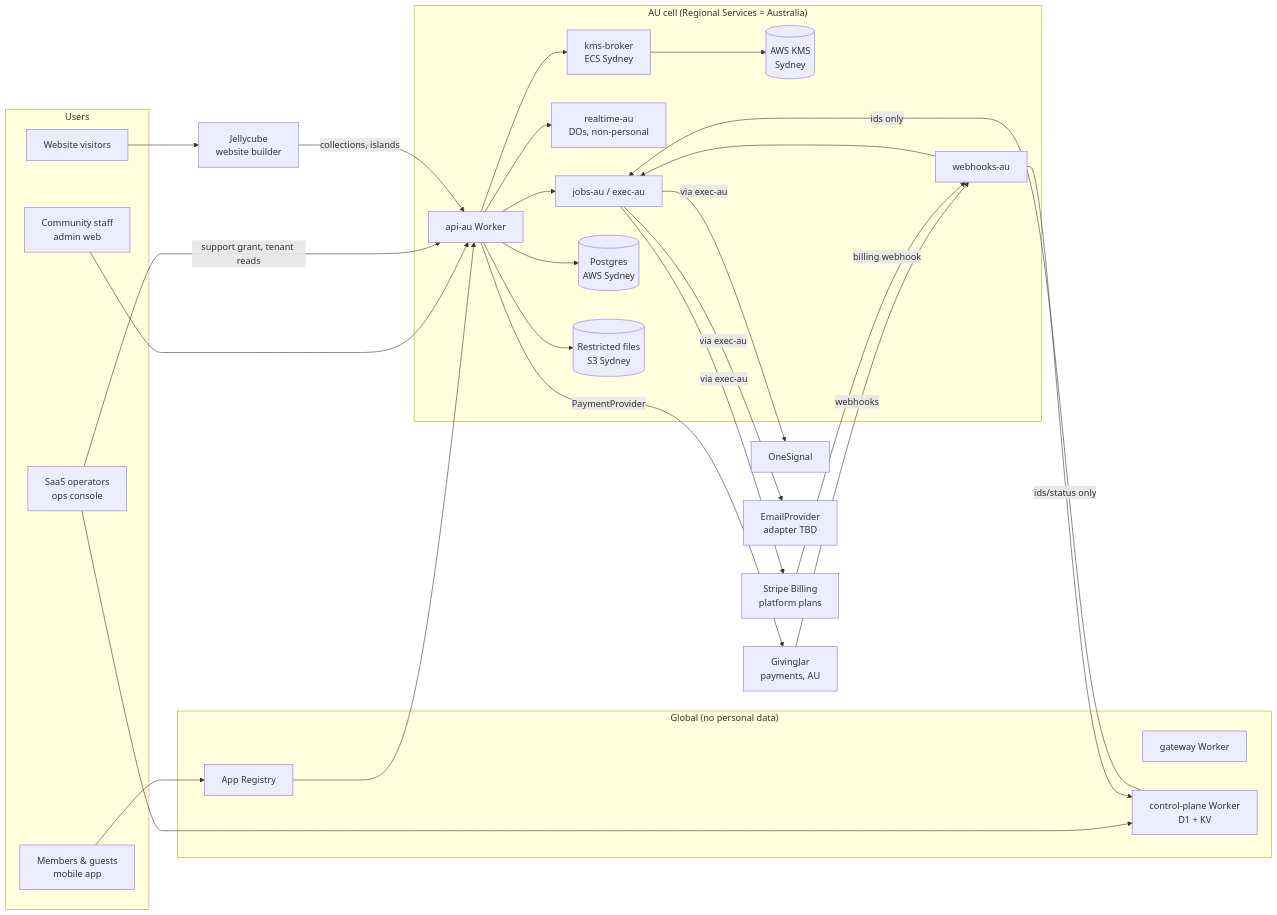
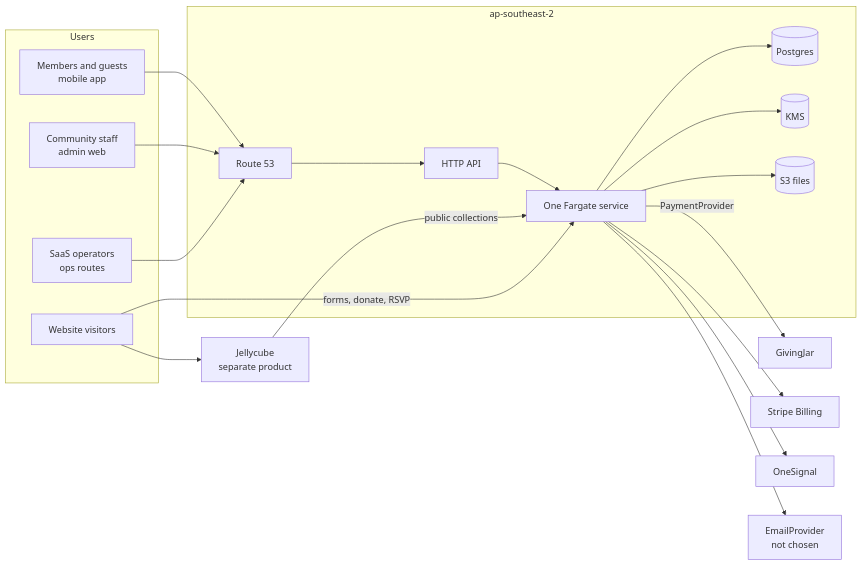
The first of 2 diagrams in architecture.md (taftechnology/community-hub-core), drawn with Mermaid before and after one commit. The commit also changed other lines of this file, not shown here.

First line of the commit message:
docs(architecture): rewrite sections 1 to 9 for Sydney

````diff
--- a/architecture.md
+++ b/architecture.md
@@ -132,53 +132,38 @@
 ```mermaid
 flowchart LR
   subgraph Users
-    M[Members & guests<br/>mobile app]
+    M[Members and guests<br/>mobile app]
     A[Community staff<br/>admin web]
     V[Website visitors]
-    S[SaaS operators<br/>ops console]
+    S[SaaS operators<br/>ops routes]
   end
 
-  subgraph Global["Global (no personal data)"]
-    GW[gateway Worker]
-    CP[control-plane Worker<br/>D1 + KV]
-    AR[App Registry]
+  subgraph Sydney["ap-southeast-2"]
+    DNS[Route 53]
+    APIGW[HTTP API]
+    SVC[One Fargate service]
+    PG[(Postgres)]
+    KMS[(KMS)]
+    FILES[(S3 files)]
   end
 
-  subgraph AU["AU cell (Regional Services = Australia)"]
-    API[api-au Worker]
-    JOBS[jobs-au / exec-au]
-    WH[webhooks-au]
-    RT[realtime-au<br/>DOs, non-personal]
-    BR[kms-broker<br/>ECS Sydney]
-    PG[(Postgres<br/>AWS Sydney)]
-    KMS[(AWS KMS<br/>Sydney)]
-    S3[(Restricted files<br/>S3 Sydney)]
-  end
+  JC[Jellycube<br/>separate product]
+  GJ[GivingJar]
+  STRIPE[Stripe Billing]
+  PUSH[OneSignal]
+  EMAIL[EmailProvider<br/>not chosen]
 
-  JC[Jellycube<br/>website builder]
-  GJ[GivingJar<br/>payments, AU]
-  STRIPE[Stripe Billing<br/>platform plans]
-  PUSH[OneSignal]
-  EMAIL[EmailProvider<br/>adapter TBD]
-
-  M --> AR --> API
-  A --> API
-  S --> CP
-  S -->|support grant, tenant reads| API
-  V --> JC -->|collections, islands| API
-  API --> PG
-  API --> BR
-  BR --> KMS
-  API --> S3
-  API --> RT
-  API --> JOBS
-  API -->|PaymentProvider| GJ
-  GJ -->|webhooks| WH
-  STRIPE -->|billing webhook| WH
-  WH --> JOBS
-  WH -->|ids/status only| CP
-  CP -->|ids only| JOBS
-  JOBS -->|via exec-au| STRIPE
-  JOBS -->|via exec-au| PUSH
-  JOBS -->|via exec-au| EMAIL
+  M --> DNS --> APIGW --> SVC
+  A --> DNS
+  S --> DNS
+  V --> JC
+  JC -->|public collections| SVC
+  V -->|forms, donate, RSVP| SVC
+  SVC --> PG
+  SVC --> KMS
+  SVC --> FILES
+  SVC -->|PaymentProvider| GJ
+  SVC --> STRIPE
+  SVC --> PUSH
+  SVC --> EMAIL
 ```
````
